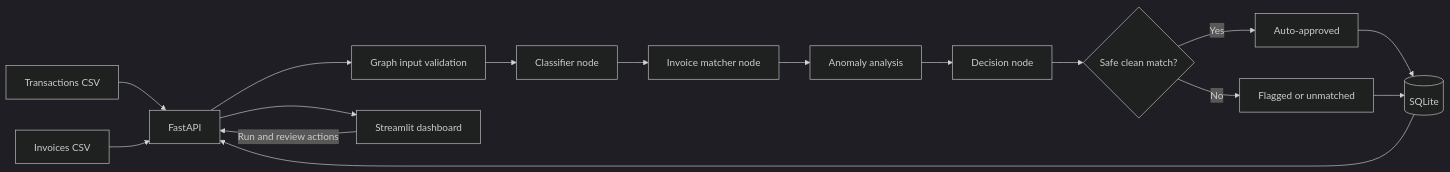
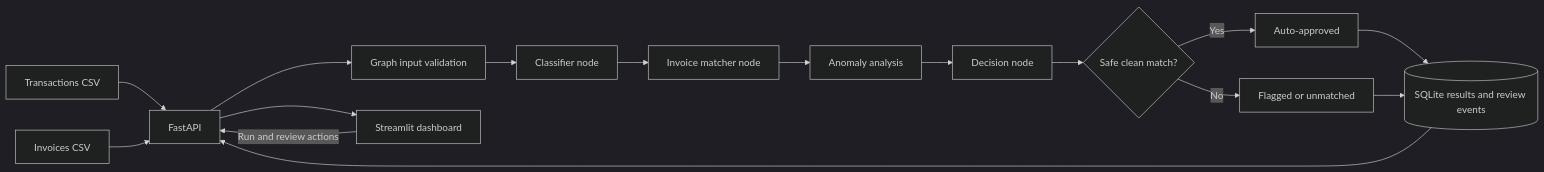
The diagram in README.md (aniketchauhan16/FINAUDIT-AI), drawn with Mermaid (dark theme) before and after one commit. The commit also changed other lines of this file and 5 other files, not shown here.

````diff
--- a/README.md
+++ b/README.md
@@ -21,18 +21,18 @@
 ```mermaid
 flowchart LR
     TX[Transactions CSV] --> API[FastAPI]
     INV[Invoices CSV] --> API
     API --> VALIDATE[Graph input validation]
     VALIDATE --> CLASSIFY[Classifier node]
     CLASSIFY --> MATCH[Invoice matcher node]
     MATCH --> ANALYZE[Anomaly analysis]
     ANALYZE --> DECIDE[Decision node]
     DECIDE --> ROUTE{Safe clean match?}
     ROUTE -->|Yes| CLEAN[Auto-approved]
     ROUTE -->|No| REVIEW[Flagged or unmatched]
-    CLEAN --> DB[(SQLite)]
+    CLEAN --> DB[(SQLite results and review events)]
     REVIEW --> DB
     DB --> API
     API --> DASH[Streamlit dashboard]
     DASH -->|Run and review actions| API
 ```
````
